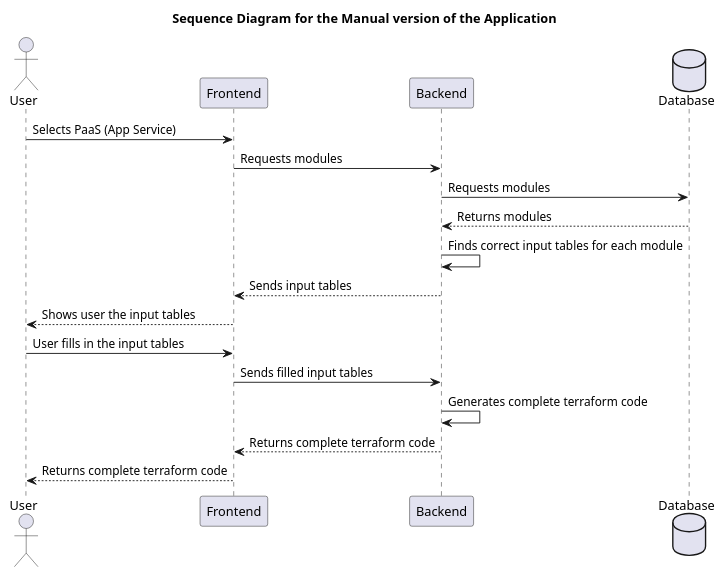
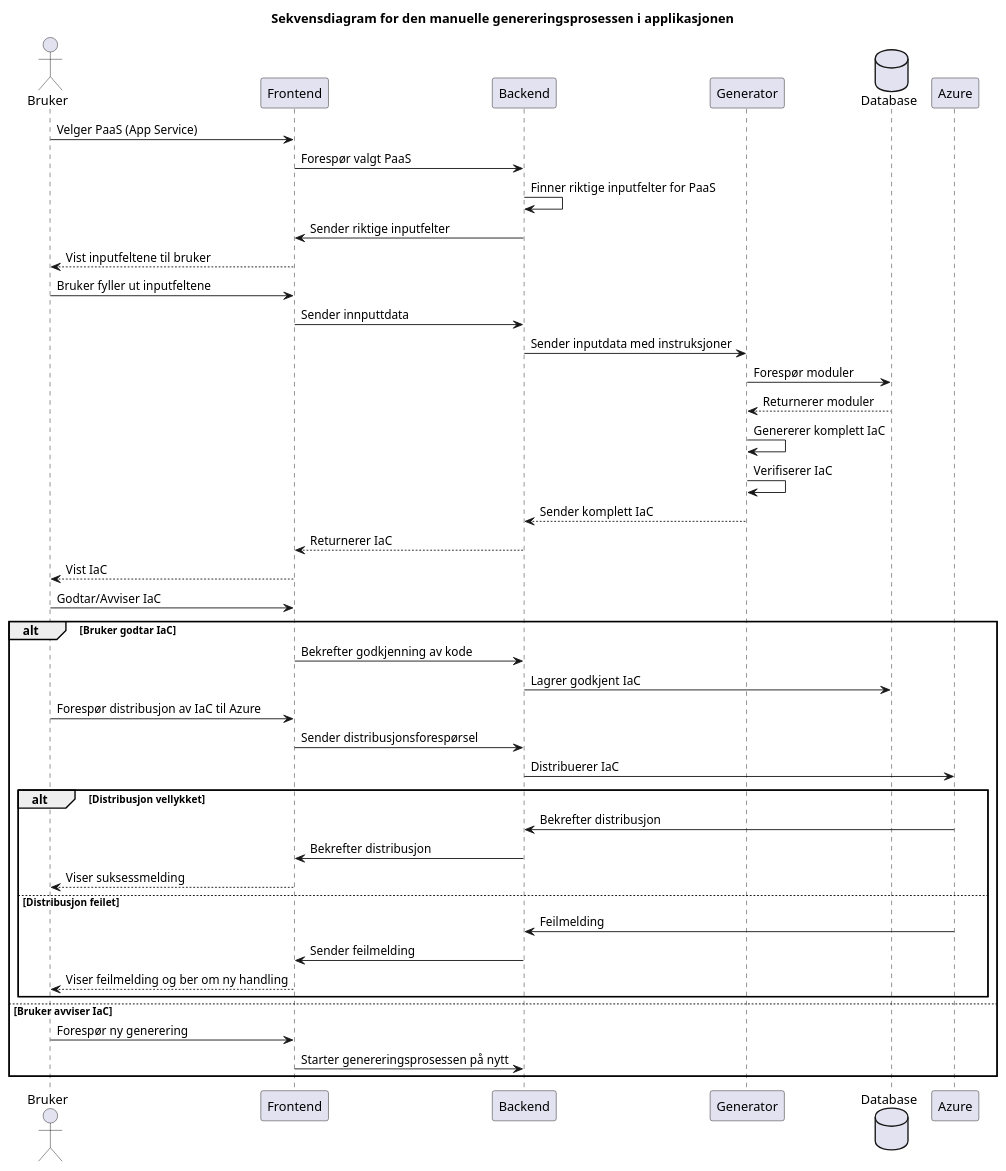
Before and after one commit to Bachelor-B25ITK12/Diagrammer: the diagram in UML_Diagrammer/Manual_Application_Flow.puml, drawn with PlantUML. The commit also changed 1 other file, not shown here.

Commit message:
oppdaterte applikasjons flytsdiagram for manuel generering.

```diff
--- a/UML_Diagrammer/Manual_Application_Flow.puml
+++ b/UML_Diagrammer/Manual_Application_Flow.puml
@@ -1,25 +1,54 @@
 @startuml
 'https://plantuml.com/sequence-diagram
 
-title Sequence Diagram for the Manual version of the Application
+title Sekvensdiagram for den manuelle genereringsprosessen i applikasjonen
 
-' Actors '
-actor           User            as User
+' Aktører '
+actor           Bruker          as Bruker
 participant     Frontend        as Frontend
 participant     Backend         as Backend
+participant     Generator       as Generator
 database        Database        as Database
+participant     Azure           as Azure
 
-User        ->      Frontend        :   Selects PaaS (App Service)
-Frontend    ->      Backend         :   Requests modules
-Backend     ->      Database        :   Requests modules
-Database    -->     Backend         :   Returns modules
-Backend     ->      Backend         :   Finds correct input tables for each module
-Backend     -->     Frontend        :   Sends input tables
-Frontend    -->     User            :   Shows user the input tables
-User        ->      Frontend        :   User fills in the input tables
-Frontend    ->      Backend         :   Sends filled input tables
-Backend     ->      Backend         :   Generates complete terraform code
-Backend     -->     Frontend        :   Returns complete terraform code
-Frontend    -->     User            :   Returns complete terraform code
+Bruker        ->      Frontend        :   Velger PaaS (App Service)
+Frontend      ->      Backend         :   Forespør valgt PaaS
+Backend       ->      Backend         :   Finner riktige inputfelter for PaaS
+Backend       ->      Frontend        :   Sender riktige inputfelter
+Frontend      -->     Bruker          :   Vist inputfeltene til bruker
+Bruker        ->      Frontend        :   Bruker fyller ut inputfeltene
+Frontend      ->      Backend         :   Sender innputtdata
+Backend       ->      Generator       :   Sender inputdata med instruksjoner
+
+Generator     ->      Database        :   Forespør moduler
+Database      -->     Generator       :   Returnerer moduler
+Generator     ->      Generator       :   Genererer komplett IaC
+Generator     ->      Generator       :   Verifiserer IaC
+Generator     -->     Backend         :   Sender komplett IaC
+
+Backend       -->     Frontend        :   Returnerer IaC
+Frontend      -->     Bruker          :   Vist IaC
+Bruker        ->      Frontend        :   Godtar/Avviser IaC
+
+alt Bruker godtar IaC
+    Frontend    ->      Backend         :   Bekrefter godkjenning av kode
+    Backend     ->      Database        :   Lagrer godkjent IaC
+    Bruker      ->      Frontend        :   Forespør distribusjon av IaC til Azure
+    Frontend    ->      Backend         :   Sender distribusjonsforespørsel
+    Backend     ->      Azure           :   Distribuerer IaC
+
+    alt Distribusjon vellykket
+        Azure       ->      Backend         :   Bekrefter distribusjon
+        Backend     ->      Frontend        :   Bekrefter distribusjon
+        Frontend    -->     Bruker          :   Viser suksessmelding
+    else Distribusjon feilet
+        Azure       ->      Backend         :   Feilmelding
+        Backend     ->      Frontend        :   Sender feilmelding
+        Frontend    -->     Bruker          :   Viser feilmelding og ber om ny handling
+    end
+else Bruker avviser IaC
+    Bruker      ->      Frontend        :   Forespør ny generering
+    Frontend    ->      Backend         :   Starter genereringsprosessen på nytt
+end
 
 @enduml
```
